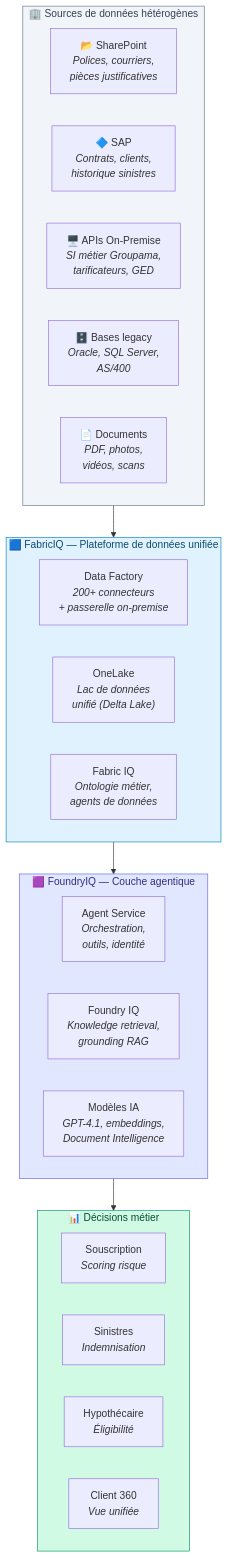
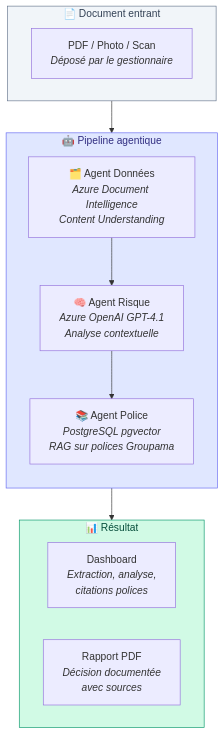
The first of 6 diagrams in docs/ARCHITECTURE-AGENTIC.md (olivMertens/WorkbenchIQ), drawn with Mermaid before and after one commit. The commit also changed other lines of this file and 5 other files, not shown here.

First line of the commit message:
feat: fix CU extraction flickering + analyzer schema viewer + architecture docs split

````diff
--- a/docs/ARCHITECTURE-AGENTIC.md
+++ b/docs/ARCHITECTURE-AGENTIC.md
@@ -21,42 +19,27 @@
 ```mermaid
 graph TB
-    subgraph SOURCES["🏢 Sources de données hétérogènes"]
-        direction LR
-        SP["📂 SharePoint<br/><i>Polices, courriers,<br/>pièces justificatives</i>"]
-        SAP["🔷 SAP<br/><i>Contrats, clients,<br/>historique sinistres</i>"]
-        ONPREM["🖥️ APIs On-Premise<br/><i>SI métier Groupama,<br/>tarificateurs, GED</i>"]
-        LEGACY["🗄️ Bases legacy<br/><i>Oracle, SQL Server,<br/>AS/400</i>"]
-        DOCS["📄 Documents<br/><i>PDF, photos,<br/>vidéos, scans</i>"]
+    subgraph INPUT["📄 Document entrant"]
+        DOC["PDF / Photo / Scan<br/><i>Déposé par le gestionnaire</i>"]
     end
 
-    subgraph FABRIC["🟦 FabricIQ — Plateforme de données unifiée"]
-        direction LR
-        DF["Data Factory<br/><i>200+ connecteurs<br/>+ passerelle on-premise</i>"]
-        OL["OneLake<br/><i>Lac de données<br/>unifié (Delta Lake)</i>"]
-        IQ_F["Fabric IQ<br/><i>Ontologie métier,<br/>agents de données</i>"]
+    subgraph AGENTS["🤖 Pipeline agentique"]
+        direction TB
+        AD["🗂️ Agent Données<br/><i>Azure Document Intelligence<br/>Content Understanding</i>"]
+        AR["🧠 Agent Risque<br/><i>Azure OpenAI GPT-4.1<br/>Analyse contextuelle</i>"]
+        AP["📚 Agent Police<br/><i>PostgreSQL pgvector<br/>RAG sur polices Groupama</i>"]
+
+        AD --> AR --> AP
     end
 
-    subgraph FOUNDRY["🟪 FoundryIQ — Couche agentique"]
+    subgraph OUTPUT["📊 Résultat"]
         direction LR
-        AS["Agent Service<br/><i>Orchestration,<br/>outils, identité</i>"]
-        IQ_A["Foundry IQ<br/><i>Knowledge retrieval,<br/>grounding RAG</i>"]
-        MODELS["Modèles IA<br/><i>GPT-4.1, embeddings,<br/>Document Intelligence</i>"]
+        DASH["Dashboard<br/><i>Extraction, analyse,<br/>citations polices</i>"]
+        REPORT["Rapport PDF<br/><i>Décision documentée<br/>avec sources</i>"]
     end
 
-    subgraph OUTPUT["📊 Décisions métier"]
-        direction LR
-        O1["Souscription<br/><i>Scoring risque</i>"]
-        O2["Sinistres<br/><i>Indemnisation</i>"]
-        O3["Hypothécaire<br/><i>Éligibilité</i>"]
-        O4["Client 360<br/><i>Vue unifiée</i>"]
-    end
+    INPUT --> AGENTS --> OUTPUT
 
-    SOURCES --> FABRIC
-    FABRIC --> FOUNDRY
-    FOUNDRY --> OUTPUT
-
-    style SOURCES fill:#f1f5f9,stroke:#64748b,color:#334155
-    style FABRIC fill:#e0f2fe,stroke:#0284c7,color:#0c4a6e
-    style FOUNDRY fill:#e0e7ff,stroke:#6366f1,color:#312e81
+    style INPUT fill:#f1f5f9,stroke:#64748b,color:#334155
+    style AGENTS fill:#e0e7ff,stroke:#6366f1,color:#312e81
     style OUTPUT fill:#d1fae5,stroke:#059669,color:#064e3b
 ```
````
